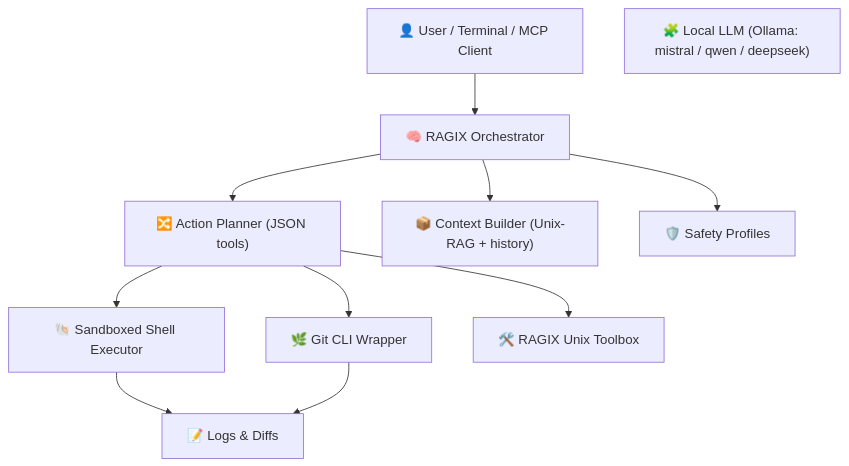
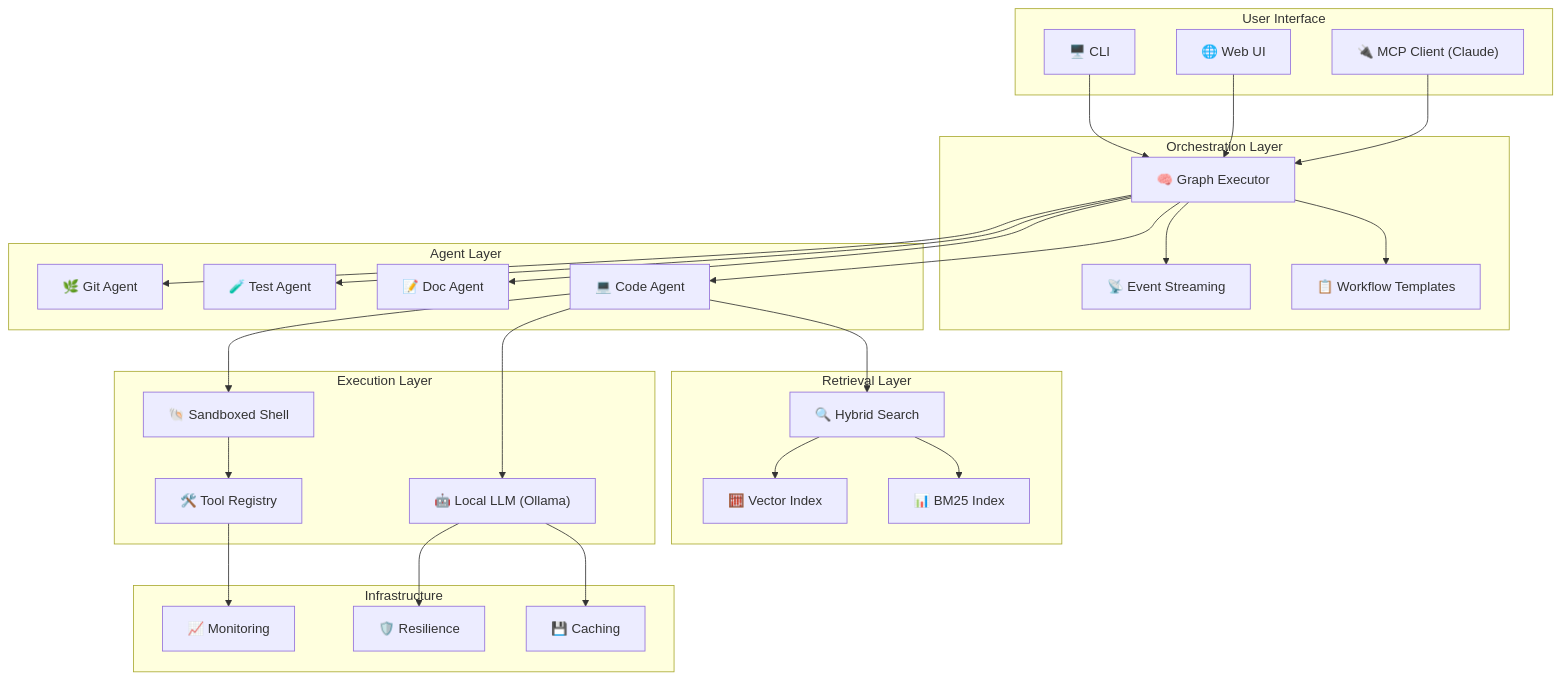
One commit to ovitrac/RAGIX changed the diagram in README.md. Above: the diagram before and after it, drawn with Mermaid. The commit also changed other lines of this file and 45 other files, not shown here.

````diff
--- a/README.md
+++ b/README.md
@@ -110,23 +151,62 @@
 ```mermaid
 flowchart TB
-    U["👤 User / Terminal / MCP Client"]
-    ORCH["🧠 RAGIX Orchestrator"]
-    ROUTE["🔀 Action Planner (JSON tools)"]
-    CTX["📦 Context Builder (Unix-RAG + history)"]
-    SAFETY["🛡️ Safety Profiles"]
-    LLM["🧩 Local LLM (Ollama: mistral / qwen / deepseek)"]
-    SHELL["🐚 Sandboxed Shell Executor"]
-    GIT["🌿 Git CLI Wrapper"]
-    TOOLS["🛠️ RAGIX Unix Toolbox"]
-    OBS["📝 Logs & Diffs"]
+    subgraph "User Interface"
+        CLI["🖥️ CLI"]
+        WEB["🌐 Web UI"]
+        MCP["🔌 MCP Client (Claude)"]
+    end
 
-    U --> ORCH
-    ORCH --> ROUTE
-    ORCH --> CTX
-    ORCH --> SAFETY
-    ROUTE --> SHELL
-    ROUTE --> GIT
-    ROUTE --> TOOLS
-    SHELL --> OBS
-    GIT --> OBS
+    subgraph "Orchestration Layer"
+        ORCH["🧠 Graph Executor"]
+        TEMPLATES["📋 Workflow Templates"]
+        STREAM["📡 Event Streaming"]
+    end
+
+    subgraph "Agent Layer"
+        CODE["💻 Code Agent"]
+        DOC["📝 Doc Agent"]
+        TEST["🧪 Test Agent"]
+        GIT["🌿 Git Agent"]
+    end
+
+    subgraph "Retrieval Layer"
+        HYBRID["🔍 Hybrid Search"]
+        BM25["📊 BM25 Index"]
+        VEC["🧮 Vector Index"]
+    end
+
+    subgraph "Execution Layer"
+        LLM["🤖 Local LLM (Ollama)"]
+        SHELL["🐚 Sandboxed Shell"]
+        TOOLS["🛠️ Tool Registry"]
+    end
+
+    subgraph "Infrastructure"
+        CACHE["💾 Caching"]
+        MONITOR["📈 Monitoring"]
+        RESIL["🛡️ Resilience"]
+    end
+
+    CLI --> ORCH
+    WEB --> ORCH
+    MCP --> ORCH
+
+    ORCH --> TEMPLATES
+    ORCH --> STREAM
+    ORCH --> CODE
+    ORCH --> DOC
+    ORCH --> TEST
+    ORCH --> GIT
+
+    CODE --> HYBRID
+    CODE --> LLM
+    CODE --> SHELL
+
+    HYBRID --> BM25
+    HYBRID --> VEC
+
+    LLM --> CACHE
+    SHELL --> TOOLS
+    TOOLS --> MONITOR
+    LLM --> RESIL
 ```
````
